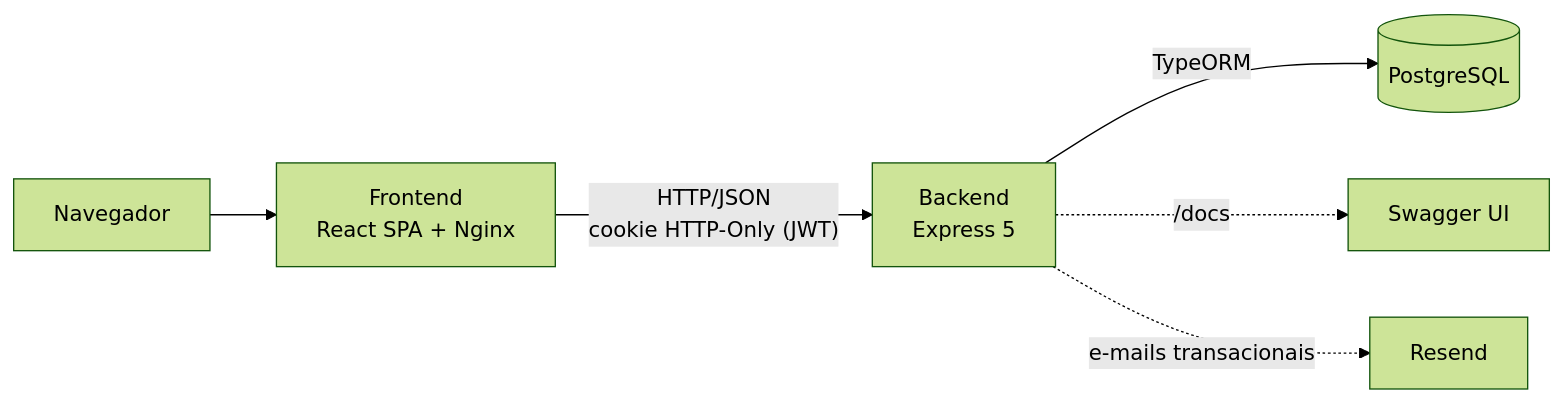
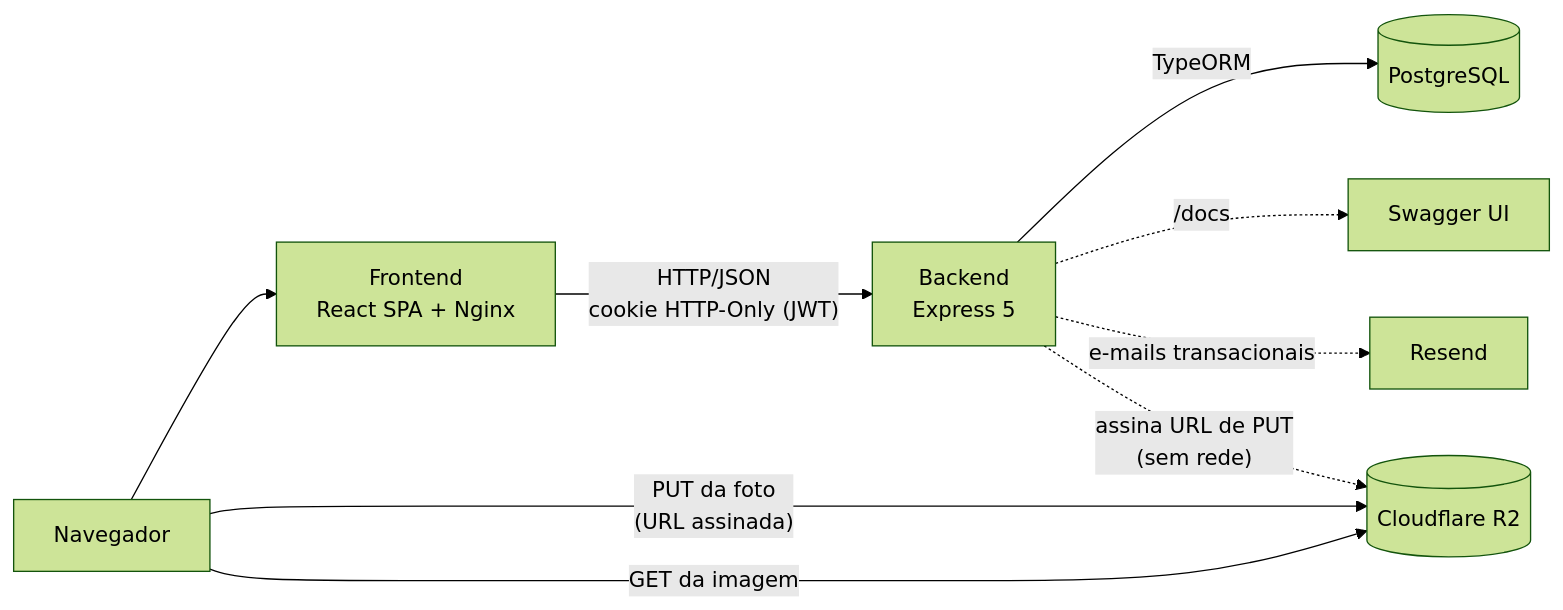
One commit to VerdeAr/backend changed the first of 4 diagrams in docs/ARQUITETURA.md. Above: the diagram before and after it, drawn with Mermaid (forest theme). The commit also changed other lines of this file and 4 other files, not shown here.

````diff
--- a/docs/ARQUITETURA.md
+++ b/docs/ARQUITETURA.md
@@ -51,8 +51,11 @@
 ```mermaid
 flowchart LR
     U[Navegador] --> F[Frontend<br/>React SPA + Nginx]
     F -- "HTTP/JSON<br/>cookie HTTP-Only (JWT)" --> A[Backend<br/>Express 5]
     A -- "TypeORM" --> D[(PostgreSQL)]
     A -. "/docs" .-> S[Swagger UI]
     A -. "e-mails transacionais" .-> R[Resend]
+    A -. "assina URL de PUT<br/>(sem rede)" .-> B[(Cloudflare R2)]
+    U -- "PUT da foto<br/>(URL assinada)" --> B
+    U -- "GET da imagem" --> B
 ```
````
